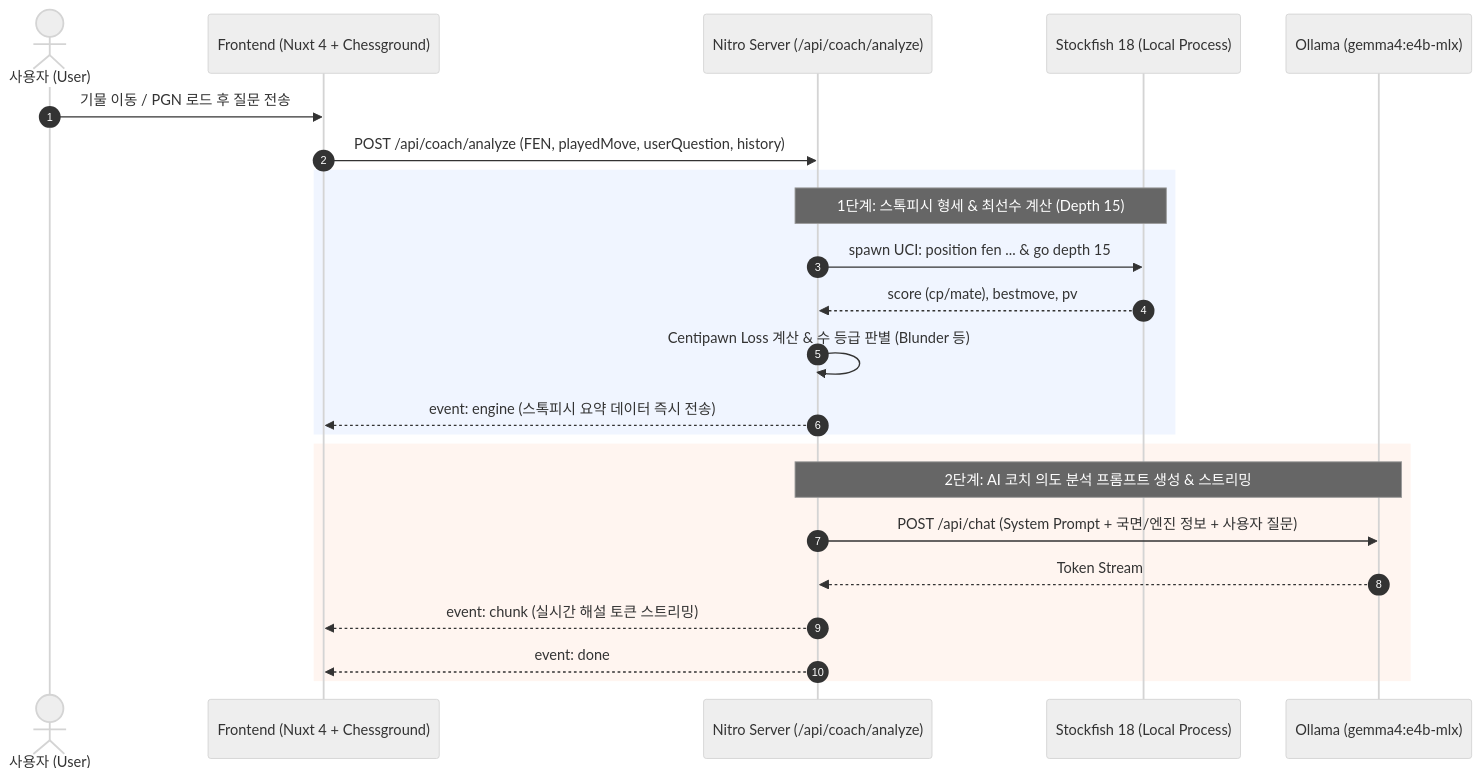
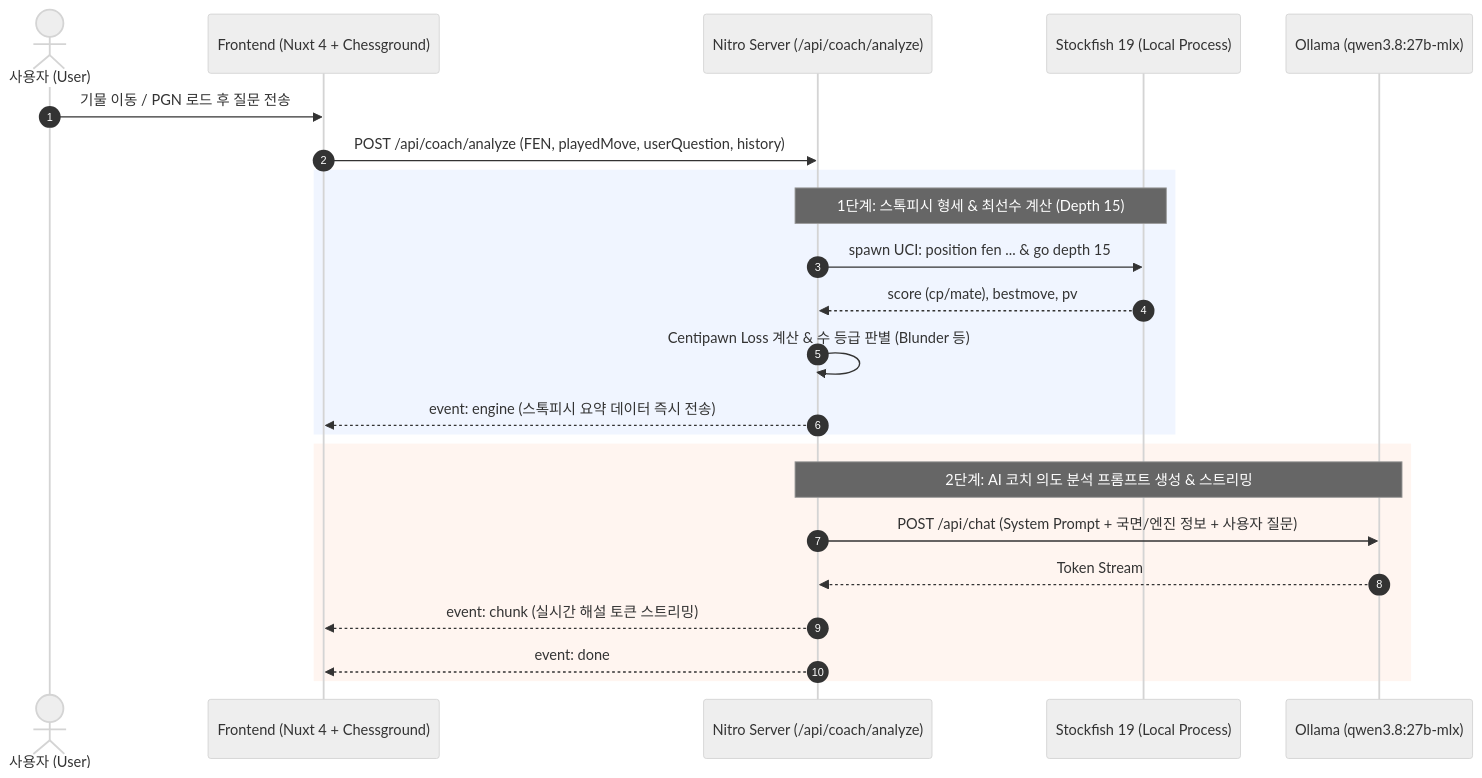
Before and after one commit to iceship/chess-coach-app: the diagram in README.md, drawn with Mermaid (neutral theme). The commit also changed other lines of this file and 1 other file, not shown here.

Commit message:
docs: fix engine/LLM version mismatches (Stockfish 19, qwen3.8) in README and .env.example

````diff
--- a/README.md
+++ b/README.md
@@ -32,28 +32,28 @@
 ```mermaid
 sequenceDiagram
     autonumber
     actor User as 사용자 (User)
     participant Client as Frontend (Nuxt 4 + Chessground)
     participant Server as Nitro Server (/api/coach/analyze)
-    participant Engine as Stockfish 18 (Local Process)
-    participant LLM as Ollama (gemma4:e4b-mlx)
+    participant Engine as Stockfish 19 (Local Process)
+    participant LLM as Ollama (qwen3.8:27b-mlx)
 
     User->>Client: 기물 이동 / PGN 로드 후 질문 전송
     Client->>Server: POST /api/coach/analyze (FEN, playedMove, userQuestion, history)
     
     rect rgb(240, 245, 255)
         Note over Server,Engine: 1단계: 스톡피시 형세 & 최선수 계산 (Depth 15)
         Server->>Engine: spawn UCI: position fen ... & go depth 15
         Engine-->>Server: score (cp/mate), bestmove, pv
         Server->>Server: Centipawn Loss 계산 & 수 등급 판별 (Blunder 등)
         Server-->>Client: event: engine (스톡피시 요약 데이터 즉시 전송)
     end
     
     rect rgb(255, 245, 240)
         Note over Server,LLM: 2단계: AI 코치 의도 분석 프롬프트 생성 & 스트리밍
         Server->>LLM: POST /api/chat (System Prompt + 국면/엔진 정보 + 사용자 질문)
         LLM-->>Server: Token Stream
         Server-->>Client: event: chunk (실시간 해설 토큰 스트리밍)
         Server-->>Client: event: done
     end
 ```
````
